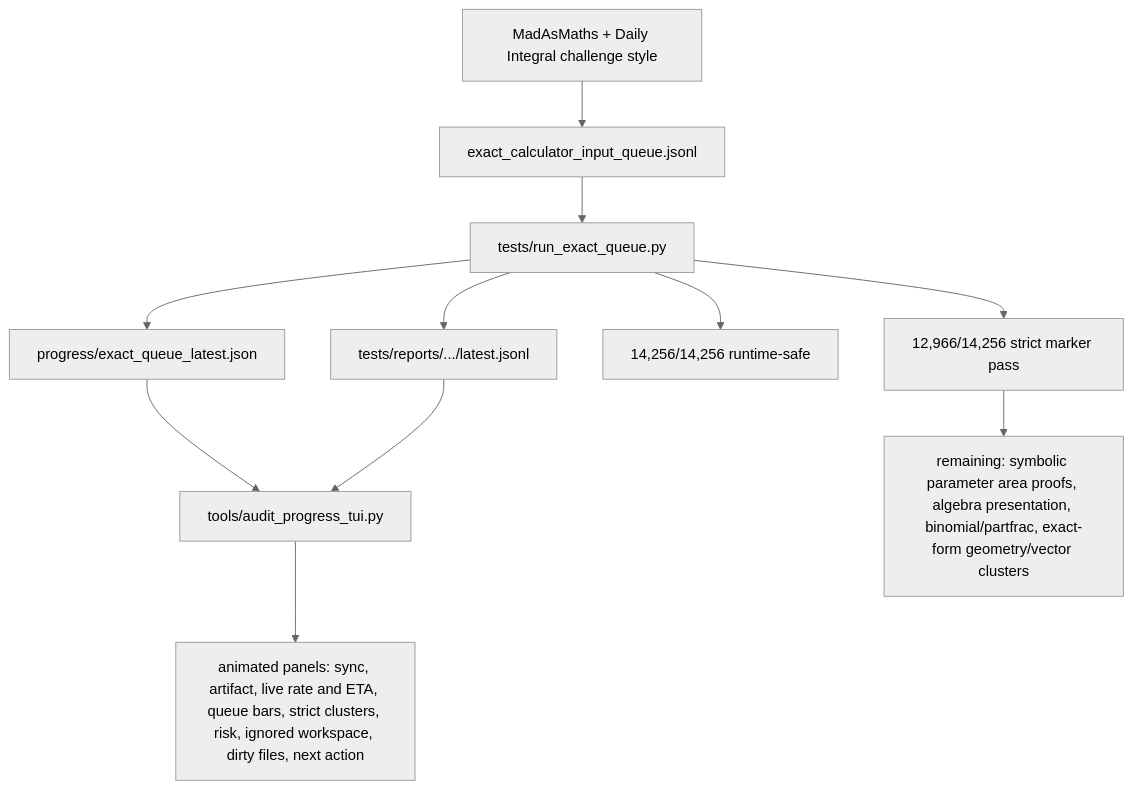
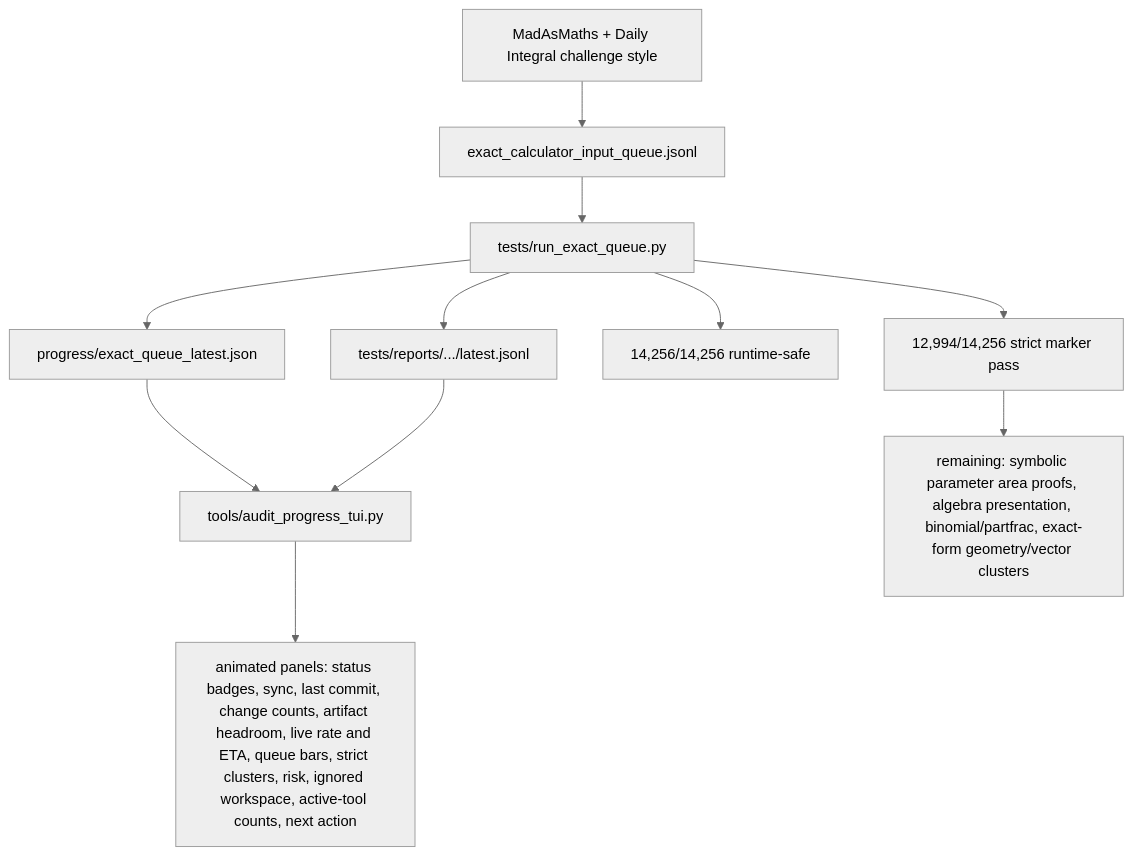
One commit to james8464/notes-addin-casio-fx-cg50 changed the fifth of 6 diagrams in docs/GRAPH.md. Above: the diagram before and after it, drawn with Mermaid (neutral theme). The commit also changed other lines of this file and 4 other files, not shown here.

````diff
--- a/docs/GRAPH.md
+++ b/docs/GRAPH.md
@@ -60,13 +60,13 @@
 ```mermaid
 graph TD
   Online["MadAsMaths + Daily Integral challenge style"] --> Queue["exact_calculator_input_queue.jsonl"]
   Queue --> Runner["tests/run_exact_queue.py"]
   Runner --> Live["progress/exact_queue_latest.json"]
   Runner --> Report["tests/reports/.../latest.jsonl"]
   Live --> TUI["tools/audit_progress_tui.py"]
   Report --> TUI
-  TUI --> Panels["animated panels: sync, artifact, live rate and ETA, queue bars, strict clusters, risk, ignored workspace, dirty files, next action"]
+  TUI --> Panels["animated panels: status badges, sync, last commit, change counts, artifact headroom, live rate and ETA, queue bars, strict clusters, risk, ignored workspace, active-tool counts, next action"]
   Runner --> Runtime["14,256/14,256 runtime-safe"]
-  Runner --> Strict["12,966/14,256 strict marker pass"]
+  Runner --> Strict["12,994/14,256 strict marker pass"]
   Strict --> Remaining["remaining: symbolic parameter area proofs, algebra presentation, binomial/partfrac, exact-form geometry/vector clusters"]
 ```
````
